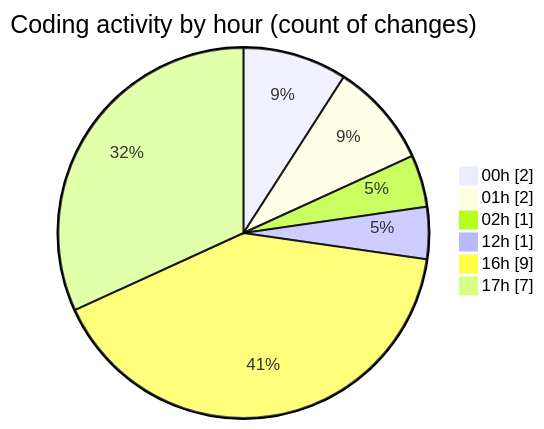
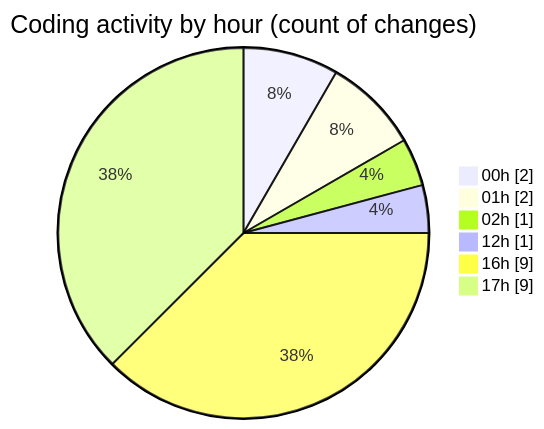
One commit to shibass792/code-tracking changed the second of 2 diagrams in 2026-07-09/twenty_versions_aminor/README.md. Above: the diagram before and after it, drawn with Mermaid. The commit also changed other lines of this file and 1 other file, not shown here.

````diff
--- a/2026-07-09/twenty_versions_aminor/README.md
+++ b/2026-07-09/twenty_versions_aminor/README.md
@@ -38,10 +39,10 @@
 ```mermaid
 pie showData
 title Coding activity by hour (count of changes)
 "00h" : 2
 "01h" : 2
 "02h" : 1
 "12h" : 1
 "16h" : 9
-"17h" : 7
+"17h" : 9
 ```
````
